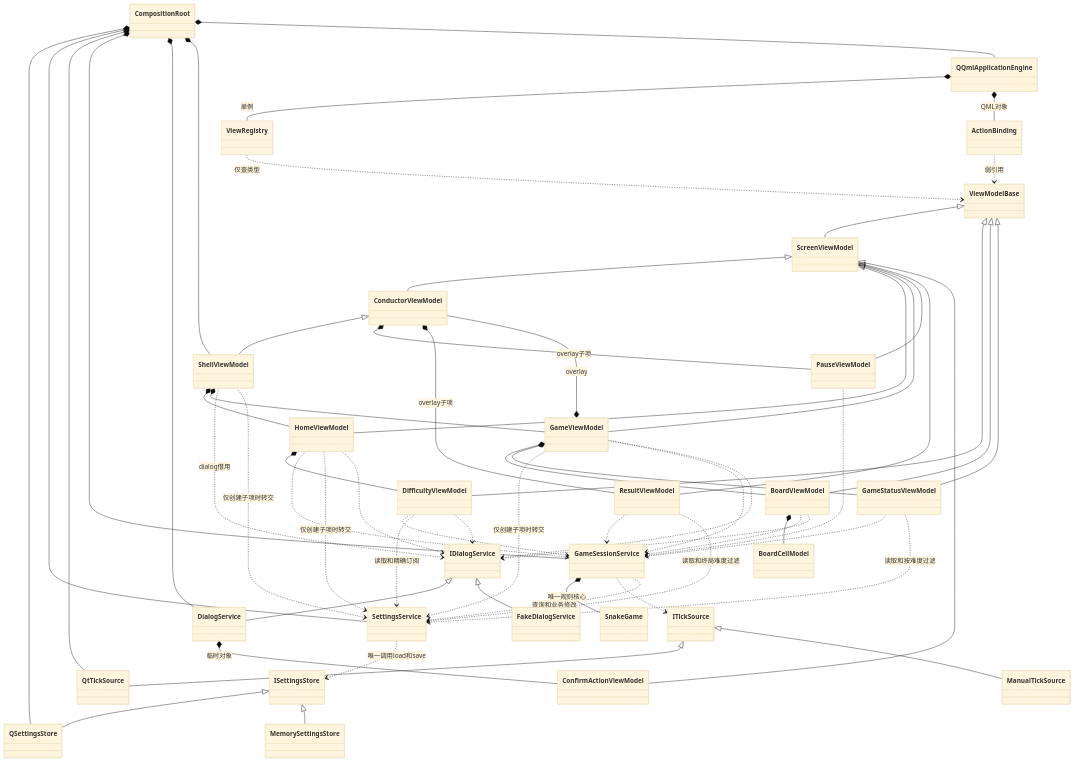
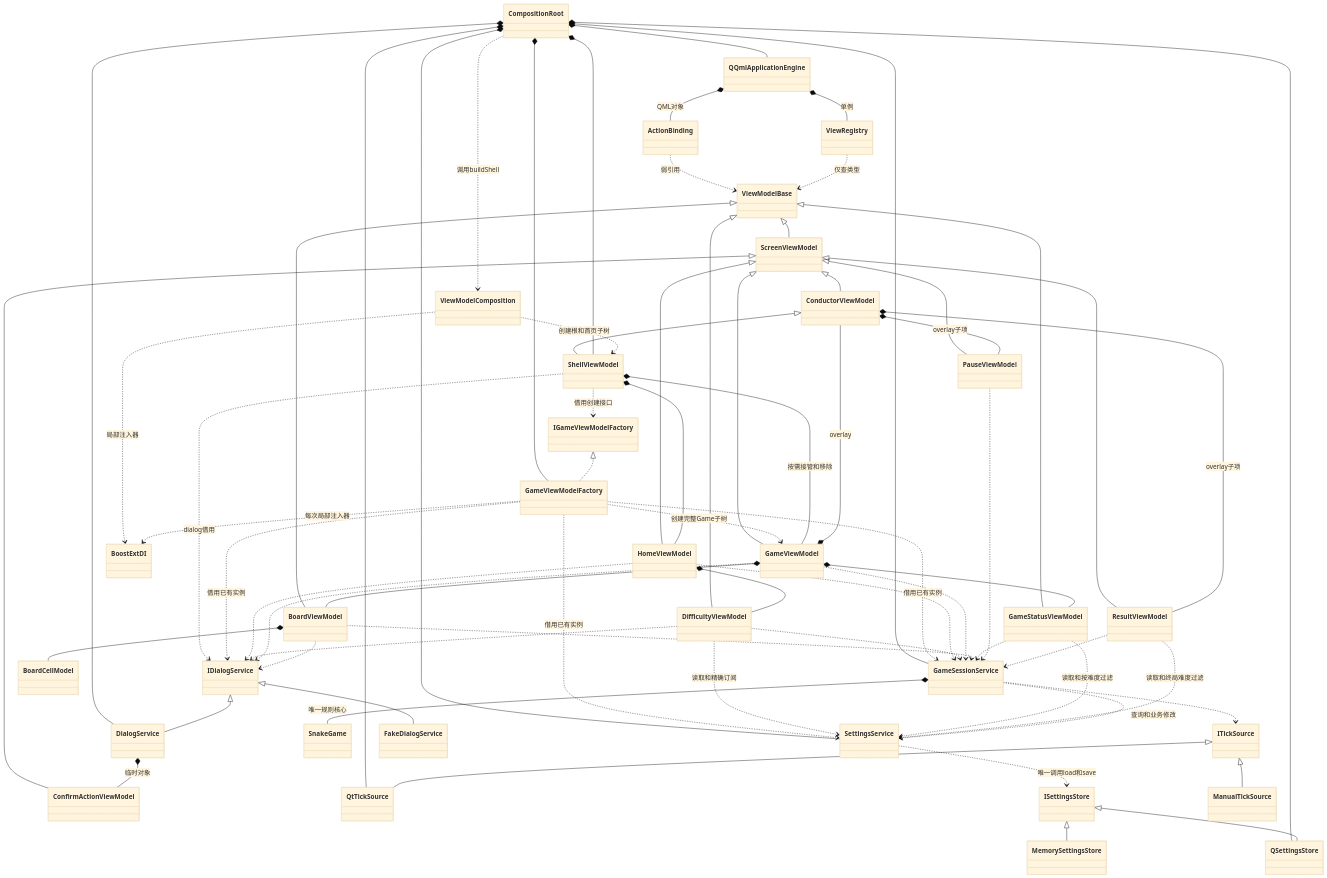
The third of 3 diagrams in docs/贪吃蛇Qt源码结构设计.md (soapgu/qt-snake-lab), drawn with Mermaid (base theme) before and after one commit. The commit also changed other lines of this file and 1 other file, not shown here.

First line of the commit message:
docs(architecture): ✏️ 更新DI装配与Game按需生命周期设计

````diff
--- a/docs/贪吃蛇Qt源码结构设计.md
+++ b/docs/贪吃蛇Qt源码结构设计.md
@@ -458,63 +492,71 @@
 ```mermaid
 classDiagram
     ViewModelBase <|-- ScreenViewModel
     ScreenViewModel <|-- ConductorViewModel
     ConductorViewModel <|-- ShellViewModel
     ScreenViewModel <|-- HomeViewModel
     ScreenViewModel <|-- GameViewModel
     ScreenViewModel <|-- PauseViewModel
     ScreenViewModel <|-- ResultViewModel
     ScreenViewModel <|-- ConfirmActionViewModel
     ViewModelBase <|-- DifficultyViewModel
     ViewModelBase <|-- BoardViewModel
     ViewModelBase <|-- GameStatusViewModel
     CompositionRoot *-- QSettingsStore
     CompositionRoot *-- SettingsService
     CompositionRoot *-- QtTickSource
     CompositionRoot *-- GameSessionService
     CompositionRoot *-- DialogService
+    CompositionRoot *-- GameViewModelFactory
     CompositionRoot *-- ShellViewModel
     CompositionRoot *-- QQmlApplicationEngine
+    CompositionRoot ..> ViewModelComposition : 调用buildShell
+    ViewModelComposition ..> BoostExtDI : 局部注入器
+    ViewModelComposition ..> ShellViewModel : 创建根和首页子树
+    GameViewModelFactory ..> BoostExtDI : 每次局部注入器
+    GameViewModelFactory ..> GameViewModel : 创建完整Game子树
+    IGameViewModelFactory <|.. GameViewModelFactory
     QQmlApplicationEngine *-- ViewRegistry : 单例
     QQmlApplicationEngine *-- ActionBinding : QML对象
     ShellViewModel *-- HomeViewModel
-    ShellViewModel *-- GameViewModel
+    ShellViewModel *-- GameViewModel : 按需接管和移除
     HomeViewModel *-- DifficultyViewModel
     GameViewModel *-- BoardViewModel
     GameViewModel *-- GameStatusViewModel
     GameViewModel *-- ConductorViewModel : overlay
     ConductorViewModel *-- PauseViewModel : overlay子项
     ConductorViewModel *-- ResultViewModel : overlay子项
     BoardViewModel *-- BoardCellModel
     DialogService *-- ConfirmActionViewModel : 临时对象
     ShellViewModel ..> IDialogService : dialog借用
+    ShellViewModel ..> IGameViewModelFactory : 借用创建接口
+    GameViewModelFactory ..> GameSessionService : 借用已有实例
+    GameViewModelFactory ..> SettingsService : 借用已有实例
+    GameViewModelFactory ..> IDialogService : 借用已有实例
     HomeViewModel ..> GameSessionService
-    ShellViewModel ..> SettingsService : 仅创建子项时转交
-    HomeViewModel ..> SettingsService : 仅创建子项时转交
-    GameViewModel ..> SettingsService : 仅创建子项时转交
     HomeViewModel ..> IDialogService
     DifficultyViewModel ..> GameSessionService
     DifficultyViewModel ..> SettingsService : 读取和精确订阅
     DifficultyViewModel ..> IDialogService
     GameViewModel ..> GameSessionService
     GameViewModel ..> IDialogService
     BoardViewModel ..> GameSessionService
     BoardViewModel ..> IDialogService
     GameStatusViewModel ..> GameSessionService
     GameStatusViewModel ..> SettingsService : 读取和按难度过滤
     PauseViewModel ..> GameSessionService
     ResultViewModel ..> GameSessionService
     ResultViewModel ..> SettingsService : 读取和终局难度过滤
     ActionBinding ..> ViewModelBase : 弱引用
     ViewRegistry ..> ViewModelBase : 仅查类型
     GameSessionService *-- SnakeGame : 唯一规则核心
     GameSessionService ..> ITickSource
     GameSessionService ..> SettingsService : 查询和业务修改
     SettingsService ..> ISettingsStore : 唯一调用load和save
     ITickSource <|-- QtTickSource
     ITickSource <|-- ManualTickSource
     ISettingsStore <|-- QSettingsStore
     ISettingsStore <|-- MemorySettingsStore
     IDialogService <|-- DialogService
     IDialogService <|-- FakeDialogService
 ```
````
